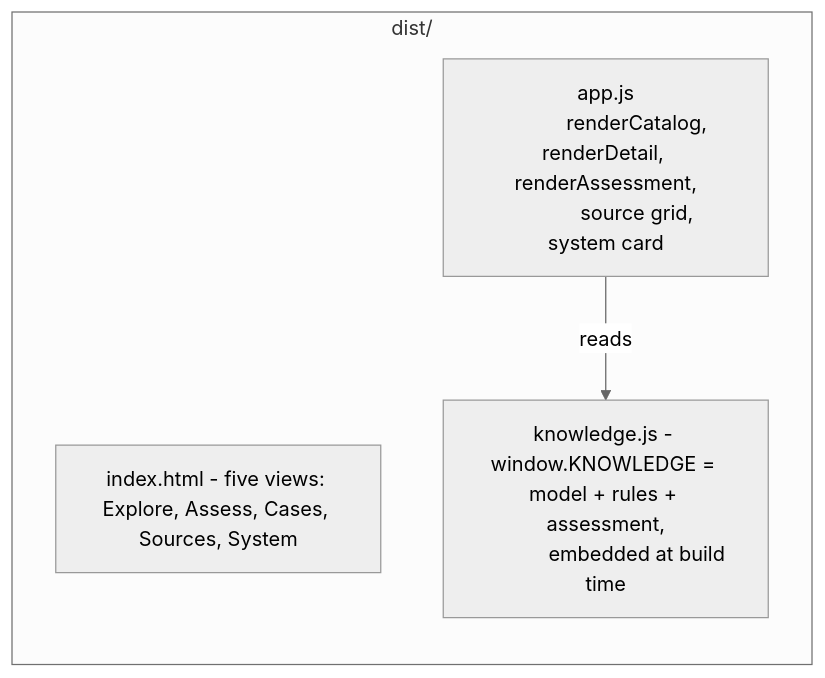
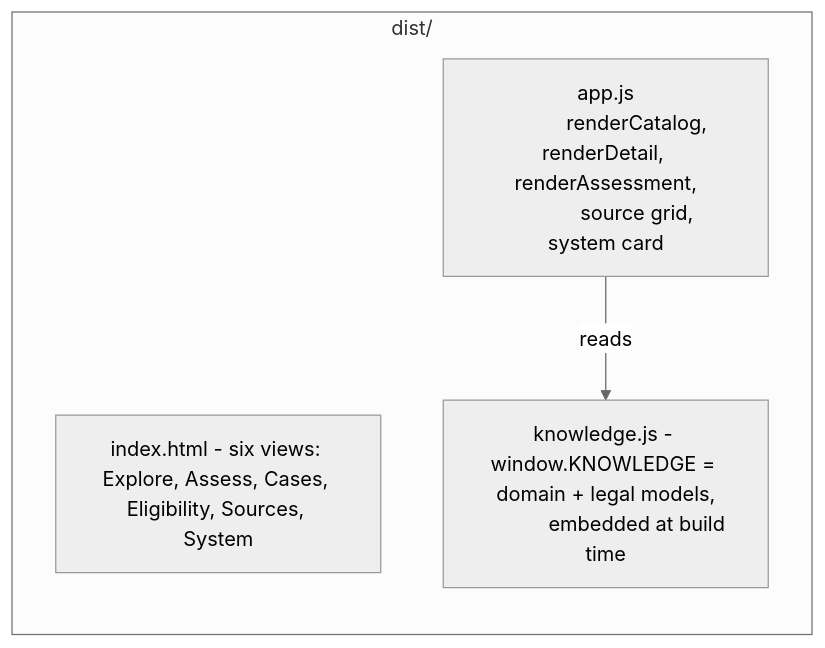
The fourth of 5 diagrams in docs/architecture-c4.md (bitkojine/bitcoin-bridge-research), drawn with Mermaid (neutral theme) before and after one commit. The commit also changed other lines of this file and 14 other files, not shown here.

````diff
--- a/docs/architecture-c4.md
+++ b/docs/architecture-c4.md
@@ -140,12 +140,12 @@
 ```mermaid
 flowchart LR
     subgraph WEB["dist/"]
-        idx["index.html - five views: Explore, Assess, Cases, Sources, System"]
+        idx["index.html - six views: Explore, Assess, Cases, Eligibility, Sources, System"]
         app["app.js
             renderCatalog, renderDetail, renderAssessment,
             source grid, system card"]
-        kb["knowledge.js - window.KNOWLEDGE = model + rules + assessment,
+        kb["knowledge.js - window.KNOWLEDGE = domain + legal models,
             embedded at build time"]
     end
     app -->|reads| kb
 ```
````
